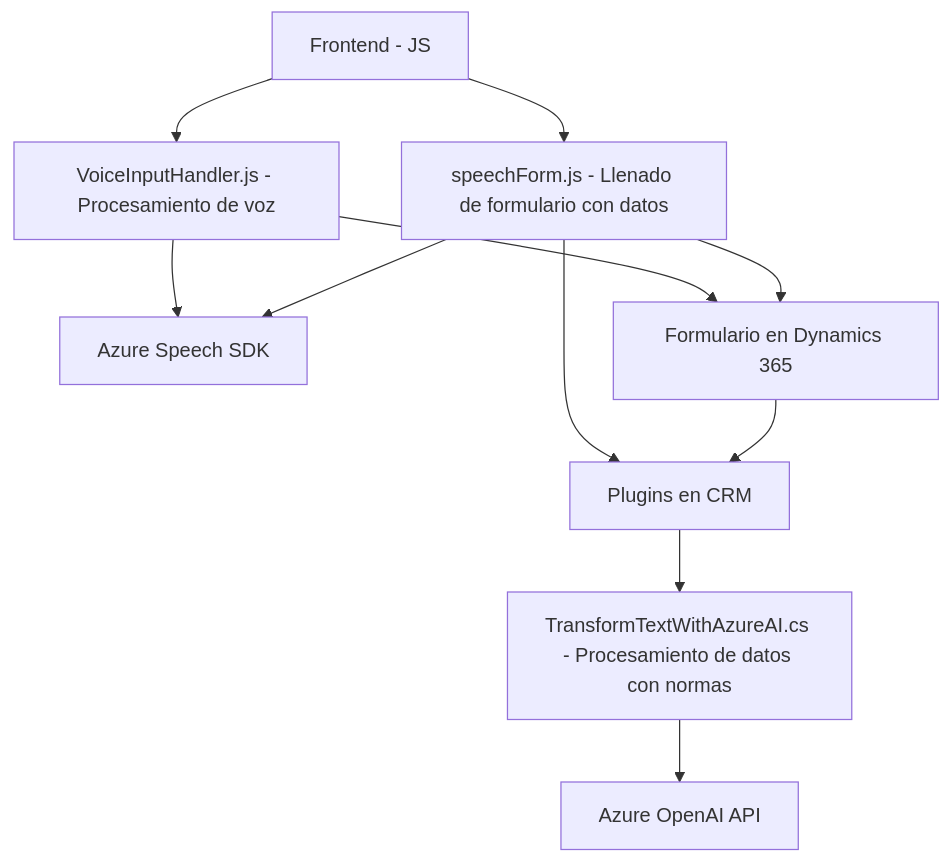
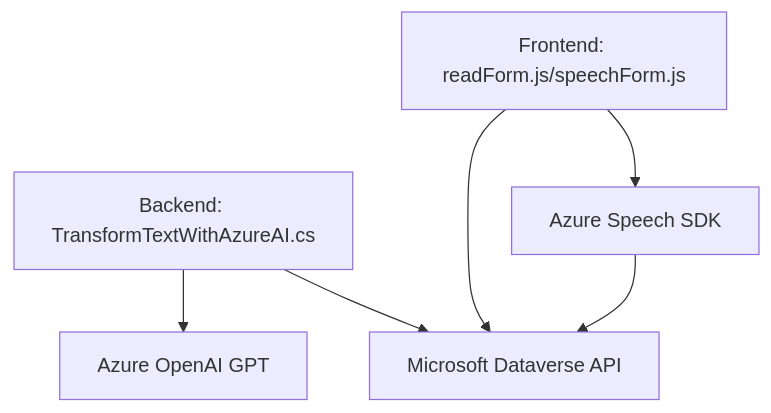
One commit to blopezdm/NETCORE_BILBAO2025 changed the diagram in README.md. Above: the diagram before and after it, drawn with Mermaid. The commit also changed other lines of this file, not shown here.

Commit message:
Actualizar análisis global de la solución con IA

````diff
--- a/README.md
+++ b/README.md
@@ -42,14 +41,14 @@
 ```mermaid
 graph TD
-    A["Frontend - JS"] --> B["VoiceInputHandler.js - Procesamiento de voz"]
-    A --> C["speechForm.js - Llenado de formulario con datos"]
-    B --> D["Azure Speech SDK"]
-    C --> D["Azure Speech SDK"]
-    C --> E["Plugins en CRM"]
-    E --> F["TransformTextWithAzureAI.cs - Procesamiento de datos con normas"]
-    F --> G["Azure OpenAI API"]
+    A["Frontend: readForm.js/speechForm.js"]
+    B["Backend: TransformTextWithAzureAI.cs"]
+    C["Azure Speech SDK"]
+    D["Microsoft Dataverse API"]
+    E["Azure OpenAI GPT"]
 
-    B --> H["Formulario en Dynamics 365"]
-    C --> H
-    H --> E
+    A --> C
+    A --> D
+    B --> D
+    B --> E
+    C --> D
 ```
````
